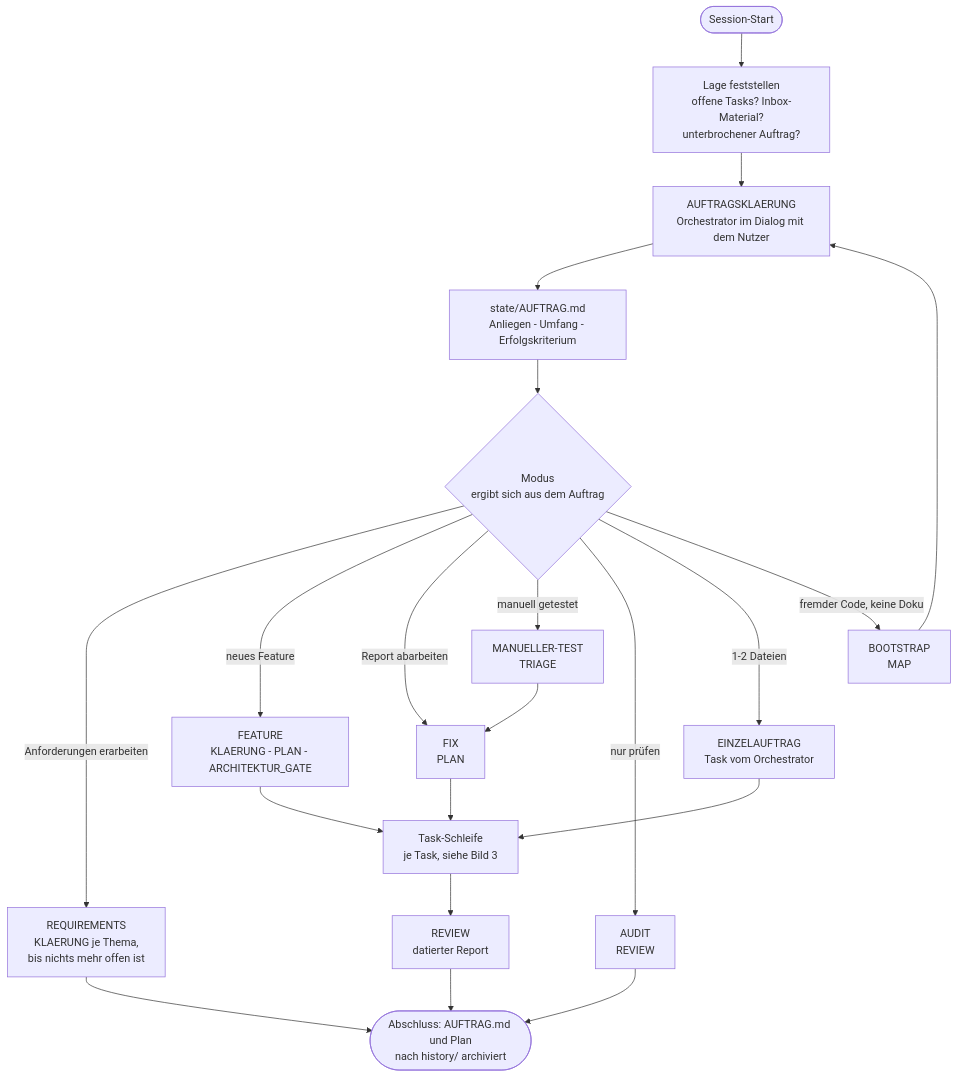
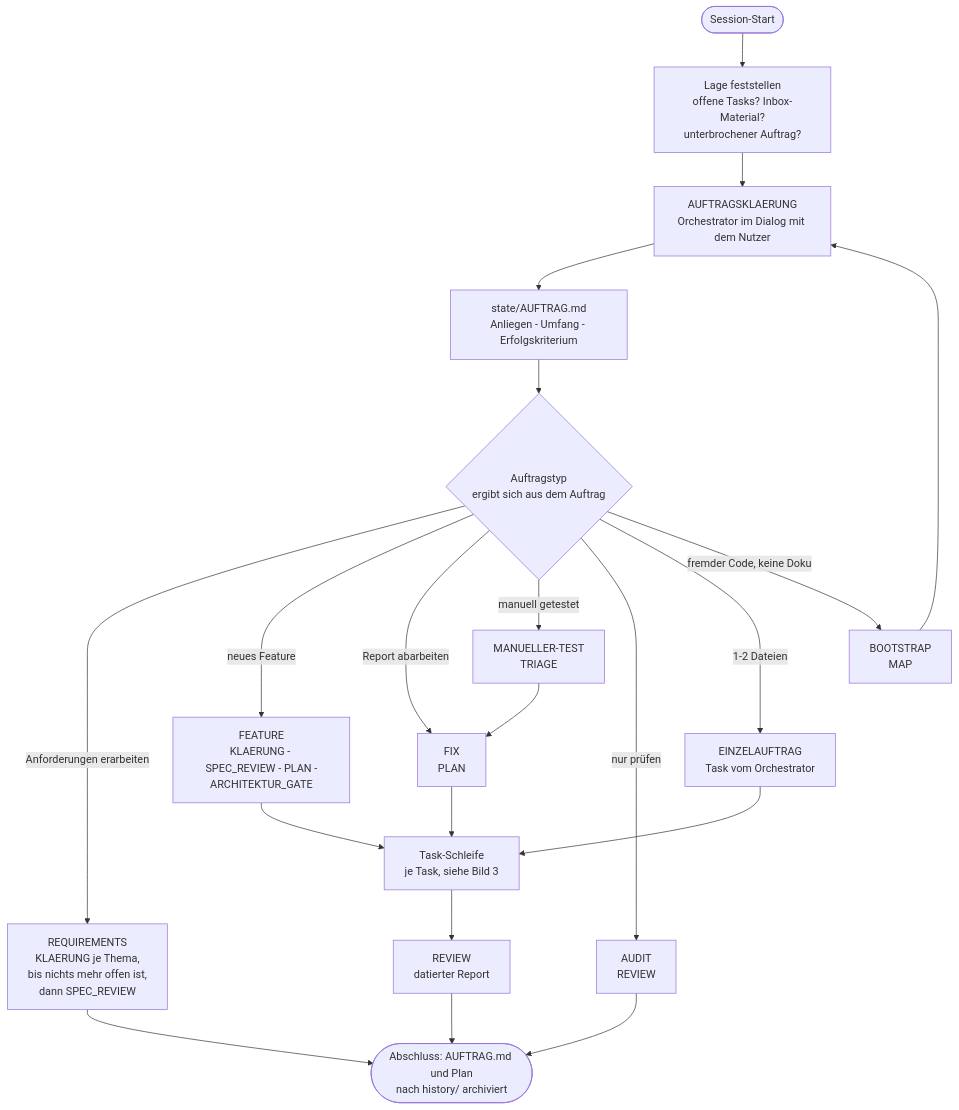
One commit to zzzk/agent-workflow changed the second of 3 diagrams in AGENT_WORKFLOW.md. Above: the diagram before and after it, drawn with Mermaid. The commit also changed other lines of this file and 22 other files, not shown here.

````diff
--- a/AGENT_WORKFLOW.md
+++ b/AGENT_WORKFLOW.md
@@ -73,26 +87,26 @@
 ```mermaid
 flowchart TD
     S(["Session-Start"]) --> L["Lage feststellen<br/>offene Tasks? Inbox-Material?<br/>unterbrochener Auftrag?"]
     L --> K["AUFTRAGSKLAERUNG<br/>Orchestrator im Dialog mit dem Nutzer"]
     K --> AU["state/AUFTRAG.md<br/>Anliegen - Umfang - Erfolgskriterium"]
-    AU --> M{"Modus<br/>ergibt sich aus dem Auftrag"}
+    AU --> M{"Auftragstyp<br/>ergibt sich aus dem Auftrag"}
 
-    M -->|"Anforderungen erarbeiten"| RQ["REQUIREMENTS<br/>KLAERUNG je Thema,<br/>bis nichts mehr offen ist"]
-    M -->|"neues Feature"| FE["FEATURE<br/>KLAERUNG - PLAN - ARCHITEKTUR_GATE"]
+    M -->|"Anforderungen erarbeiten"| RQ["REQUIREMENTS<br/>KLAERUNG je Thema,<br/>bis nichts mehr offen ist,<br/>dann SPEC_REVIEW"]
+    M -->|"neues Feature"| FE["FEATURE<br/>KLAERUNG - SPEC_REVIEW - PLAN -<br/>ARCHITEKTUR_GATE"]
     M -->|"Report abarbeiten"| FI["FIX<br/>PLAN"]
     M -->|"manuell getestet"| MT["MANUELLER-TEST<br/>TRIAGE"]
     M -->|"nur prüfen"| AD["AUDIT<br/>REVIEW"]
     M -->|"1-2 Dateien"| EA["EINZELAUFTRAG<br/>Task vom Orchestrator"]
     M -->|"fremder Code, keine Doku"| BO["BOOTSTRAP<br/>MAP"]
 
     FE --> TL["Task-Schleife<br/>je Task, siehe Bild 3"]
     FI --> TL
     MT --> FI
     EA --> TL
     TL --> RV["REVIEW<br/>datierter Report"]
 
     RQ --> EN
     AD --> EN
     BO --> K
     RV --> EN(["Abschluss: AUFTRAG.md und Plan<br/>nach history/ archiviert"])
 ```
````
